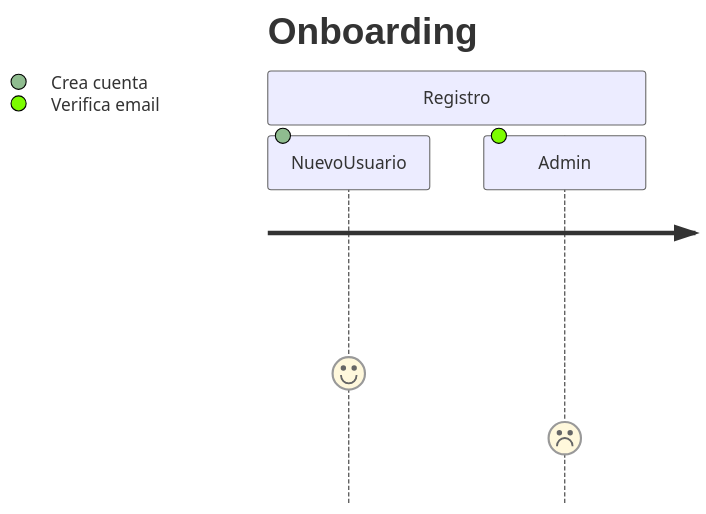
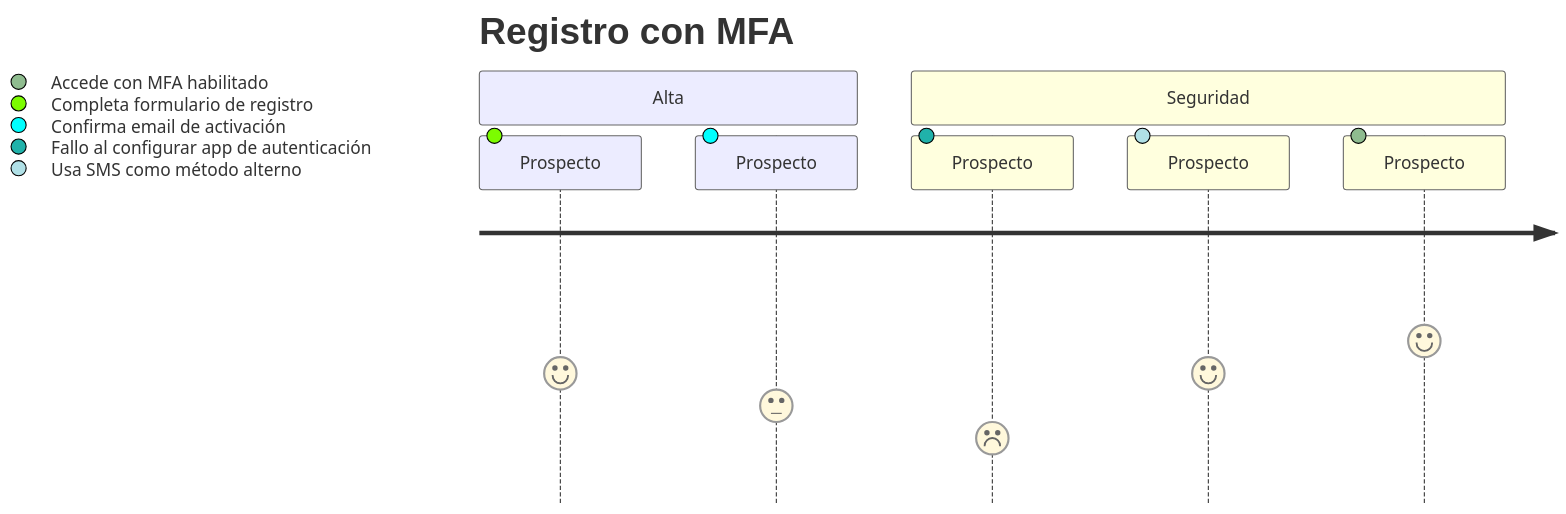
Before and after one commit to sc4rfacex/straight: the third of 12 diagrams in knowledge/user-journey.md, drawn with Mermaid. The commit also changed other lines of this file and 2 other files, not shown here.

Commit message:
Expandir guías de diagramas críticos

````diff
--- a/knowledge/user-journey.md
+++ b/knowledge/user-journey.md
@@ -24,7 +42,11 @@
 ```mermaid
 journey
-    title Onboarding
-    section Registro
-      NuevoUsuario: 4: Crea cuenta
-      Admin: 2: Verifica email
+    title Registro con MFA
+    section Alta
+        Prospecto: 4: Completa formulario de registro
+        Prospecto: 3: Confirma email de activación
+    section Seguridad
+        Prospecto: 2: Fallo al configurar app de autenticación
+        Prospecto: 4: Usa SMS como método alterno
+        Prospecto: 5: Accede con MFA habilitado
 ```
````
